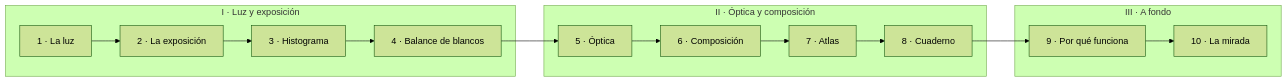
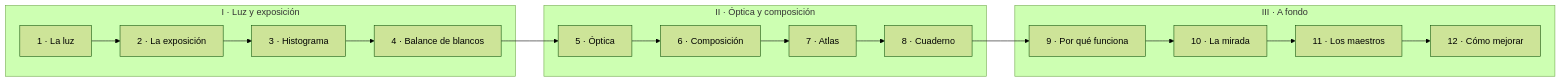
The diagram in conceptos/README.md (morandeirachema/Foto), drawn with Mermaid (forest theme) before and after one commit. The commit also changed other lines of this file and 63 other files, not shown here.

````diff
--- a/conceptos/README.md
+++ b/conceptos/README.md
@@ -21,14 +21,14 @@
 ```mermaid
 flowchart LR
     subgraph I["I · Luz y exposición"]
       L["1 · La luz"] --> X["2 · La exposición"] --> H["3 · Histograma"] --> B["4 · Balance de blancos"]
     end
     subgraph II["II · Óptica y composición"]
       O["5 · Óptica"] --> C["6 · Composición"] --> A["7 · Atlas"] --> Q["8 · Cuaderno"]
     end
     subgraph III["III · A fondo"]
-      P["9 · Por qué funciona"] --> M["10 · La mirada"]
+      P["9 · Por qué funciona"] --> M["10 · La mirada"] --> MA["11 · Los maestros"] --> ME["12 · Cómo mejorar"]
     end
     B --> O
     Q --> P
 ```
````
